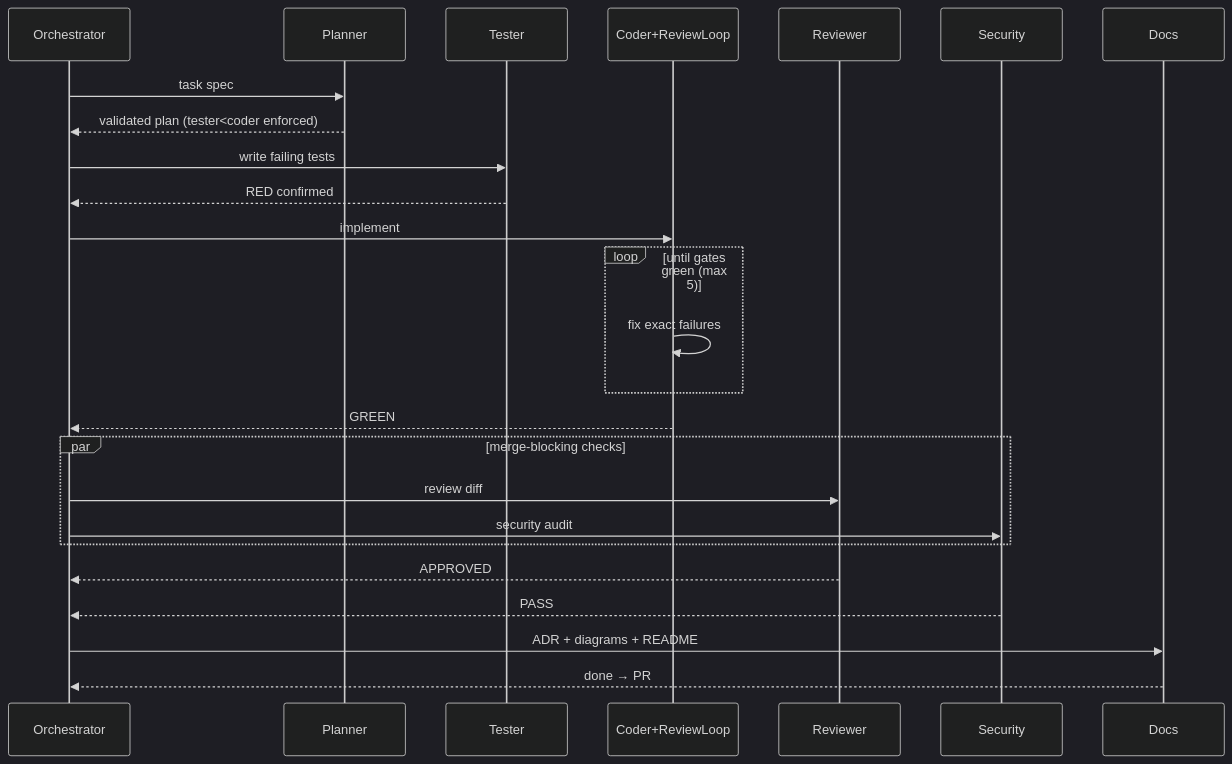
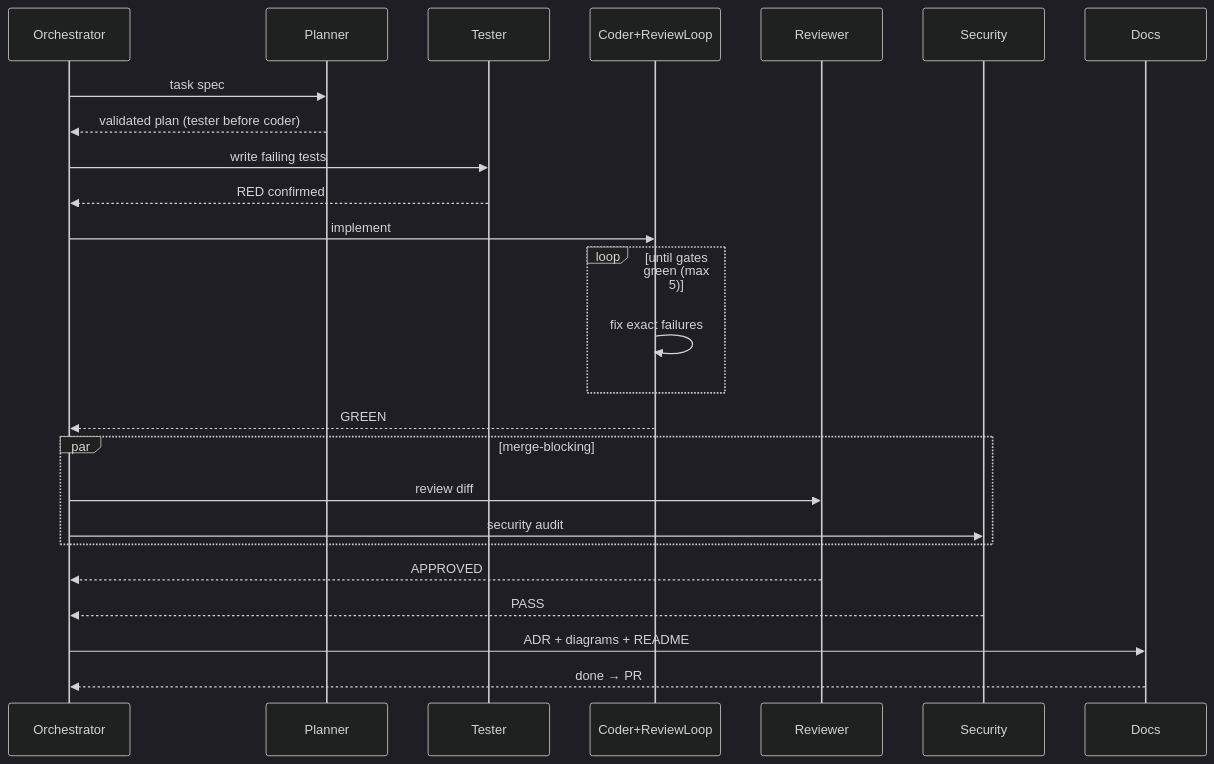
The second of 3 diagrams in README.md (humanaxiom/jd-assistant), drawn with Mermaid (dark theme) before and after one commit. The commit also changed other lines of this file and 27 other files, not shown here.

````diff
--- a/README.md
+++ b/README.md
@@ -90,28 +71,27 @@
 ```mermaid
 sequenceDiagram
     participant O as Orchestrator
     participant P as Planner
     participant T as Tester
     participant C as Coder+ReviewLoop
     participant R as Reviewer
     participant S as Security
     participant D as Docs
-
     O->>P: task spec
-    P-->>O: validated plan (tester<coder enforced)
+    P-->>O: validated plan (tester before coder)
     O->>T: write failing tests
     T-->>O: RED confirmed
     O->>C: implement
     loop until gates green (max 5)
         C->>C: fix exact failures
     end
     C-->>O: GREEN
-    par merge-blocking checks
+    par merge-blocking
         O->>R: review diff
         O->>S: security audit
     end
     R-->>O: APPROVED
     S-->>O: PASS
     O->>D: ADR + diagrams + README
     D-->>O: done → PR
 ```
````
